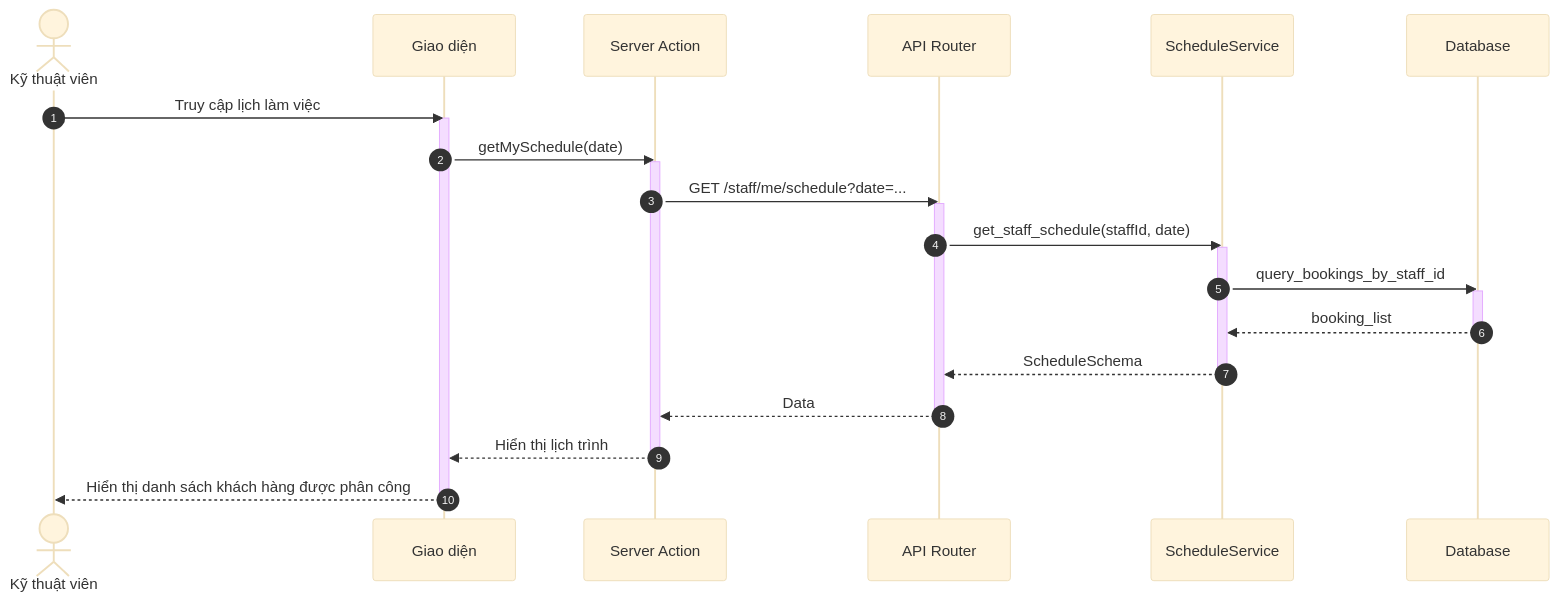
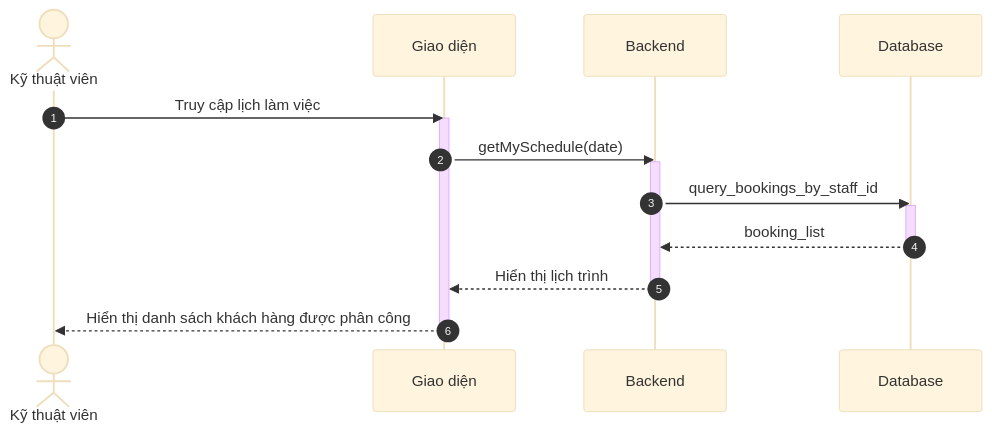
The first of 2 diagrams in docs/design/sequences/technician_flows.md (ngoctinn/Synapse), drawn with Mermaid (base theme) before and after one commit. The commit also changed other lines of this file and 7 other files, not shown here.

Commit message:
docs: Add initial design documentation for authentication, user flows, and algorithm specification.

````diff
--- a/docs/design/sequences/technician_flows.md
+++ b/docs/design/sequences/technician_flows.md
@@ -28,38 +28,24 @@
 ```mermaid
 sequenceDiagram
     autonumber
     actor KTV as Kỹ thuật viên
     participant UI as Giao diện
-    participant BFF as Server Action
-    participant API as API Router
-    participant S as ScheduleService
+    participant BE as Backend
     participant DB as Database
 
     KTV->>UI: Truy cập lịch làm việc
     activate UI
-    UI->>BFF: getMySchedule(date)
-    activate BFF
+    UI->>BE: getMySchedule(date)
+    activate BE
 
-    BFF->>API: GET /staff/me/schedule?date=...
-    activate API
-
-    API->>S: get_staff_schedule(staffId, date)
-    activate S
-
-    S->>DB: query_bookings_by_staff_id
+    BE->>DB: query_bookings_by_staff_id
     activate DB
-    DB-->>S: booking_list
+    DB-->>BE: booking_list
     deactivate DB
 
-    S-->>API: ScheduleSchema
-    deactivate S
-
-    API-->>BFF: Data
-    deactivate API
-
-    BFF-->>UI: Hiển thị lịch trình
-    deactivate BFF
+    BE-->>UI: Hiển thị lịch trình
+    deactivate BE
 
     UI-->>KTV: Hiển thị danh sách khách hàng được phân công
     deactivate UI
 ```
````
